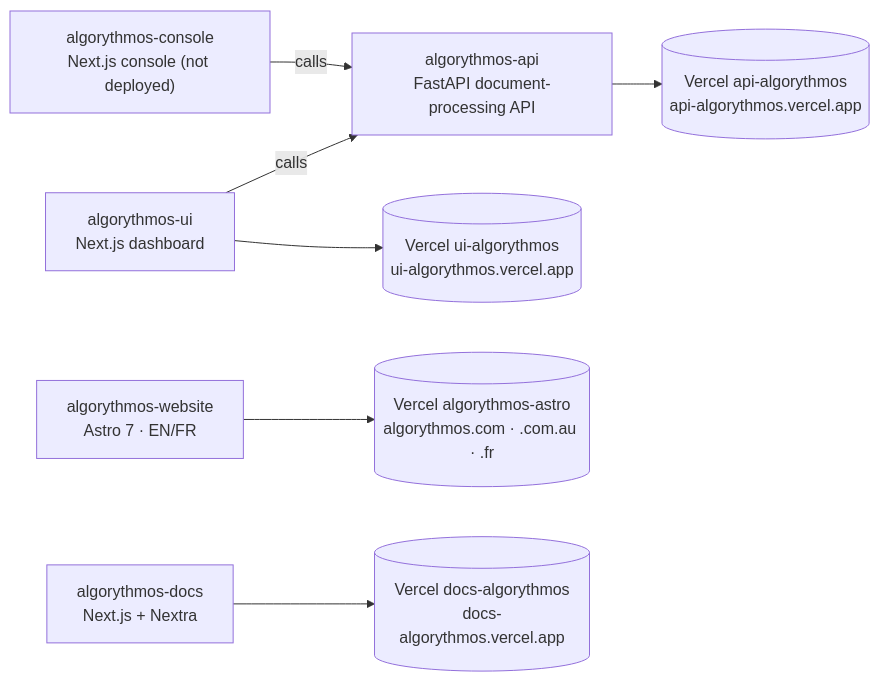
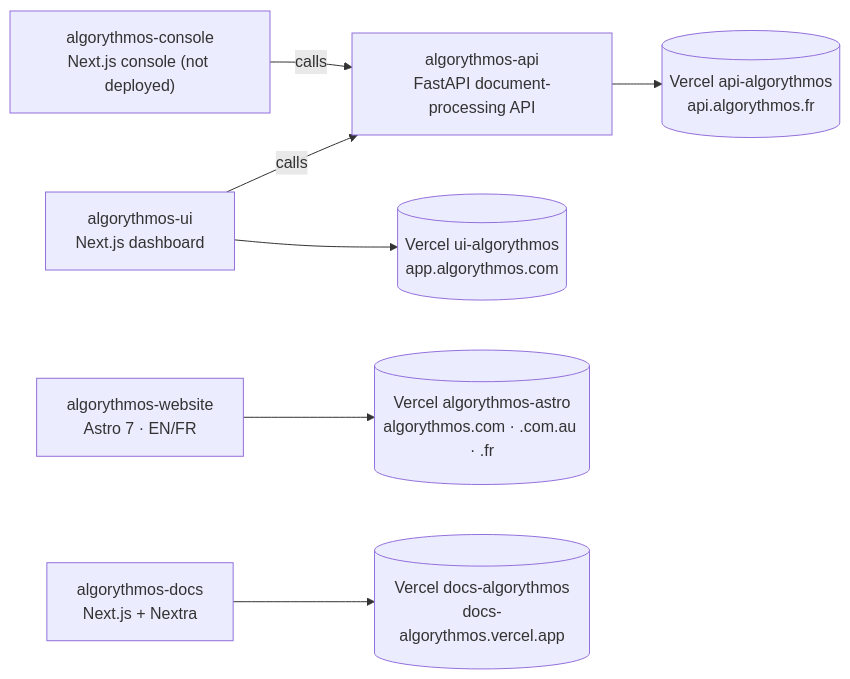
The third of 4 diagrams in docs/architecture.md (Algorythmos-AI/algorythmos-handbook), drawn with Mermaid before and after one commit. The commit also changed other lines of this file and 8 other files, not shown here.

````diff
--- a/docs/architecture.md
+++ b/docs/architecture.md
@@ -83,18 +84,18 @@
 ```mermaid
 flowchart LR
   site["algorythmos-website<br/>Astro 7 · EN/FR"]
   api["algorythmos-api<br/>FastAPI document-processing API"]
   ui["algorythmos-ui<br/>Next.js dashboard"]
   docs["algorythmos-docs<br/>Next.js + Nextra"]
   con["algorythmos-console<br/>Next.js console (not deployed)"]
   v1[("Vercel algorythmos-astro<br/>algorythmos.com · .com.au · .fr")]
-  v2[("Vercel api-algorythmos<br/>api-algorythmos.vercel.app")]
-  v3[("Vercel ui-algorythmos<br/>ui-algorythmos.vercel.app")]
+  v2[("Vercel api-algorythmos<br/>api.algorythmos.fr")]
+  v3[("Vercel ui-algorythmos<br/>app.algorythmos.com")]
   v4[("Vercel docs-algorythmos<br/>docs-algorythmos.vercel.app")]
   site --> v1
   api --> v2
   ui --> v3
   docs --> v4
   ui -- "calls" --> api
   con -- "calls" --> api
 ```
````
